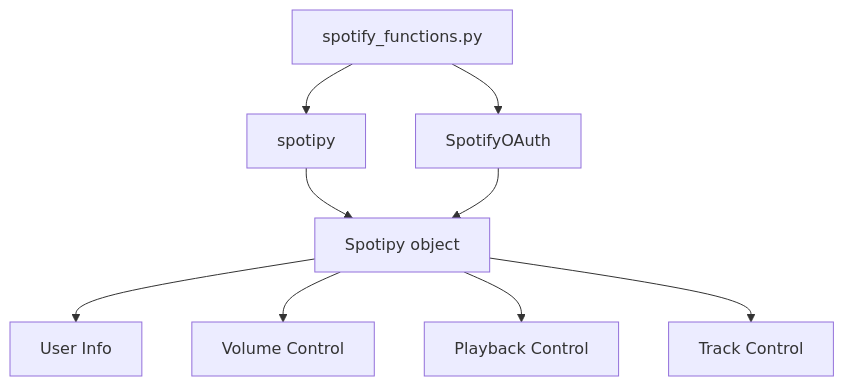
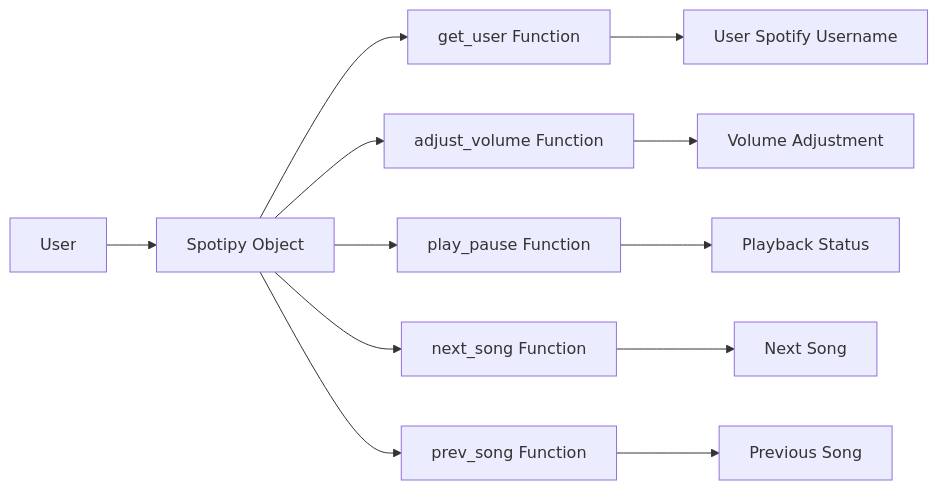
Before and after one commit to gitbito/AI-Automation: the diagram in documentation/create_overview_doc/Examples/doc_Spotify-Gesture-Control-main/spotify_functions.py_Doc.md, drawn with Mermaid. The commit also changed other lines of this file and 9 other files, not shown here.

First line of the commit message:
Refactor AI Prompt for Simplified High-Level Mermaid Diagrams

````diff
--- a/documentation/create_overview_doc/Examples/doc_Spotify-Gesture-Control-main/spotify_functions.py_Doc.md
+++ b/documentation/create_overview_doc/Examples/doc_Spotify-Gesture-Control-main/spotify_functions.py_Doc.md
@@ -34,20 +34,14 @@
 ```mermaid
-graph TD
-  A[spotify_functions.py]
-  B[spotipy]
-  C[SpotifyOAuth]
-  D[Spotipy object]
-  E[User Info]
-  F[Volume Control]
-  G[Playback Control]
-  H[Track Control]
-
-  A --> B
-  A --> C
-  B --> D
-  C --> D
-  D --> E
-  D --> F
-  D --> G
-  D --> H
+graph LR
+    A[User] --> B[Spotipy Object]
+    B --> C[get_user Function]
+    B --> D[adjust_volume Function]
+    B --> E[play_pause Function]
+    B --> F[next_song Function]
+    B --> G[prev_song Function]
+    C --> H[User Spotify Username]
+    D --> I[Volume Adjustment]
+    E --> J[Playback Status]
+    F --> K[Next Song]
+    G --> L[Previous Song]
 ```
````
